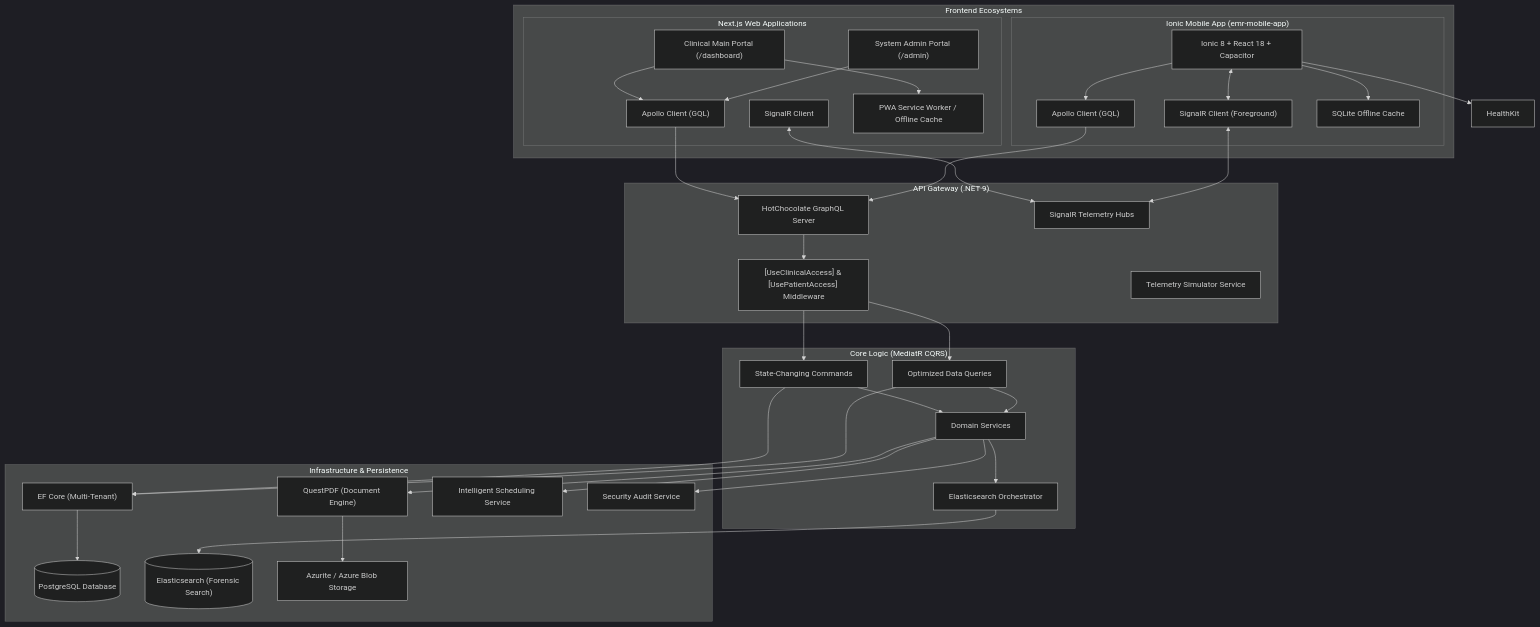
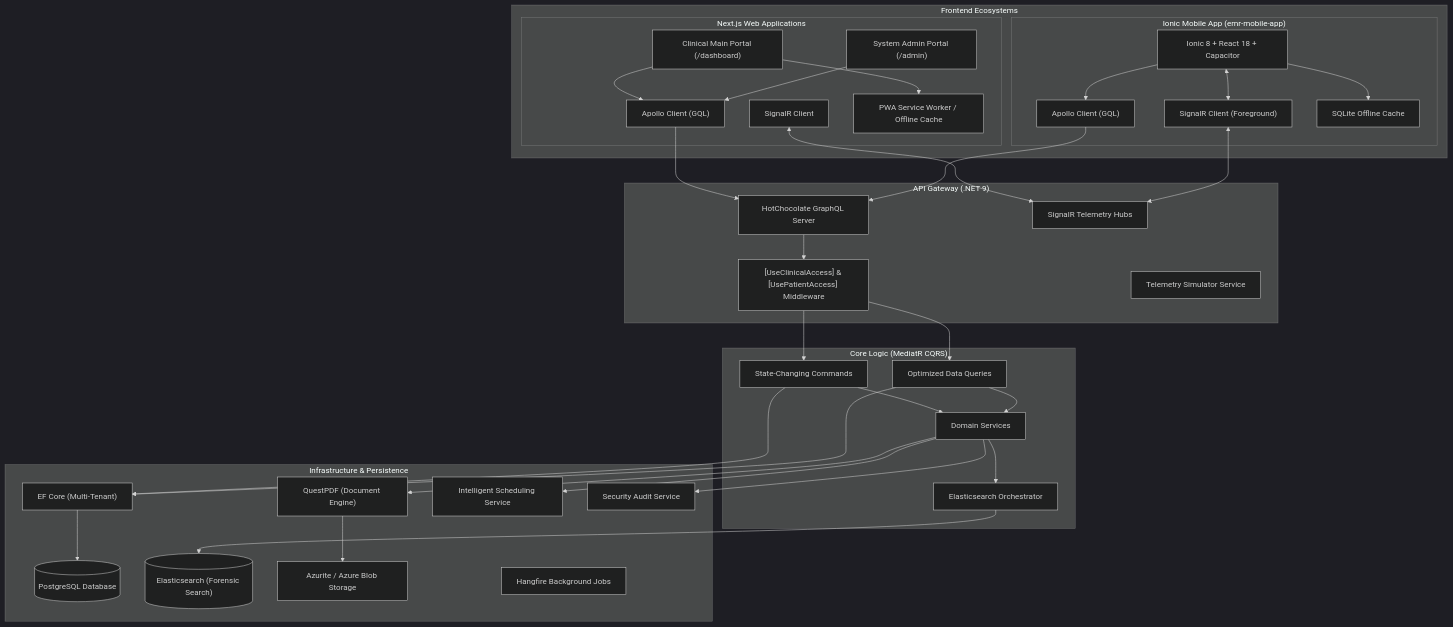
One commit to ewceniza9009/emr changed the diagram in README.md. Above: the diagram before and after it, drawn with Mermaid (dark theme).

Commit message:
docs: add Hangfire to architecture diagram, remove HealthKit [skip ci] [skip render]

````diff
--- a/README.md
+++ b/README.md
@@ -86,68 +86,68 @@
 ```mermaid
 flowchart TD
     subgraph ClientLayer ["Frontend Ecosystems"]
         subgraph WebPortals ["Next.js Web Applications"]
             MainPortal["Clinical Main Portal (/dashboard)"]
             AdminPortal["System Admin Portal (/admin)"]
             Apollo["Apollo Client (GQL)"]
             SignalR_C["SignalR Client"]
             PWA["PWA Service Worker / Offline Cache"]
         end
 
         subgraph MobilePortal ["Ionic Mobile App (emr-mobile-app)"]
             IonicReact["Ionic 8 + React 18 + Capacitor"]
             ApolloMobile["Apollo Client (GQL)"]
             SignalR_M["SignalR Client (Foreground)"]
             SQLiteMobile["SQLite Offline Cache"]
         end
     end
 
     subgraph ApiLayer ["API Gateway (.NET 9)"]
         GQL["HotChocolate GraphQL Server"]
         Hubs["SignalR Telemetry Hubs"]
         Security["[UseClinicalAccess] & [UsePatientAccess] Middleware"]
         Sim["Telemetry Simulator Service"]
     end
 
     subgraph ApplicationLayer ["Core Logic (MediatR CQRS)"]
         Commands["State-Changing Commands"]
         Queries["Optimized Data Queries"]
         Services["Domain Services"]
         Search["Elasticsearch Orchestrator"]
     end
 
     subgraph InfrastructureLayer ["Infrastructure & Persistence"]
         EF["EF Core (Multi-Tenant)"]
         Postgres[("PostgreSQL Database")]
         Elastic[("Elasticsearch (Forensic Search)")]
         Blob["Azurite / Azure Blob Storage"]
         QuestPDF["QuestPDF (Document Engine)"]
         Scheduler["Intelligent Scheduling Service"]
         Audit["Security Audit Service"]
+        Jobs["Hangfire Background Jobs"]
     end
 
     MainPortal --> Apollo
     AdminPortal --> Apollo
     Apollo --> GQL
     SignalR_C <--> Hubs
     GQL --> Security
     Security --> Commands & Queries
     Commands & Queries --> EF
     Commands & Queries --> Services
     Services --> QuestPDF
     Services --> Scheduler
     Services --> Audit
     Services --> Search
     EF --> Postgres
     Search --> Elastic
     QuestPDF --> Blob
     MainPortal --> PWA
 
     %% Mobile App Connections
     IonicReact --> ApolloMobile
     IonicReact <--> SignalR_M
     IonicReact --> SQLiteMobile
-    IonicReact --> HealthKit
     ApolloMobile --> GQL
     SignalR_M <--> Hubs
 ```
````
